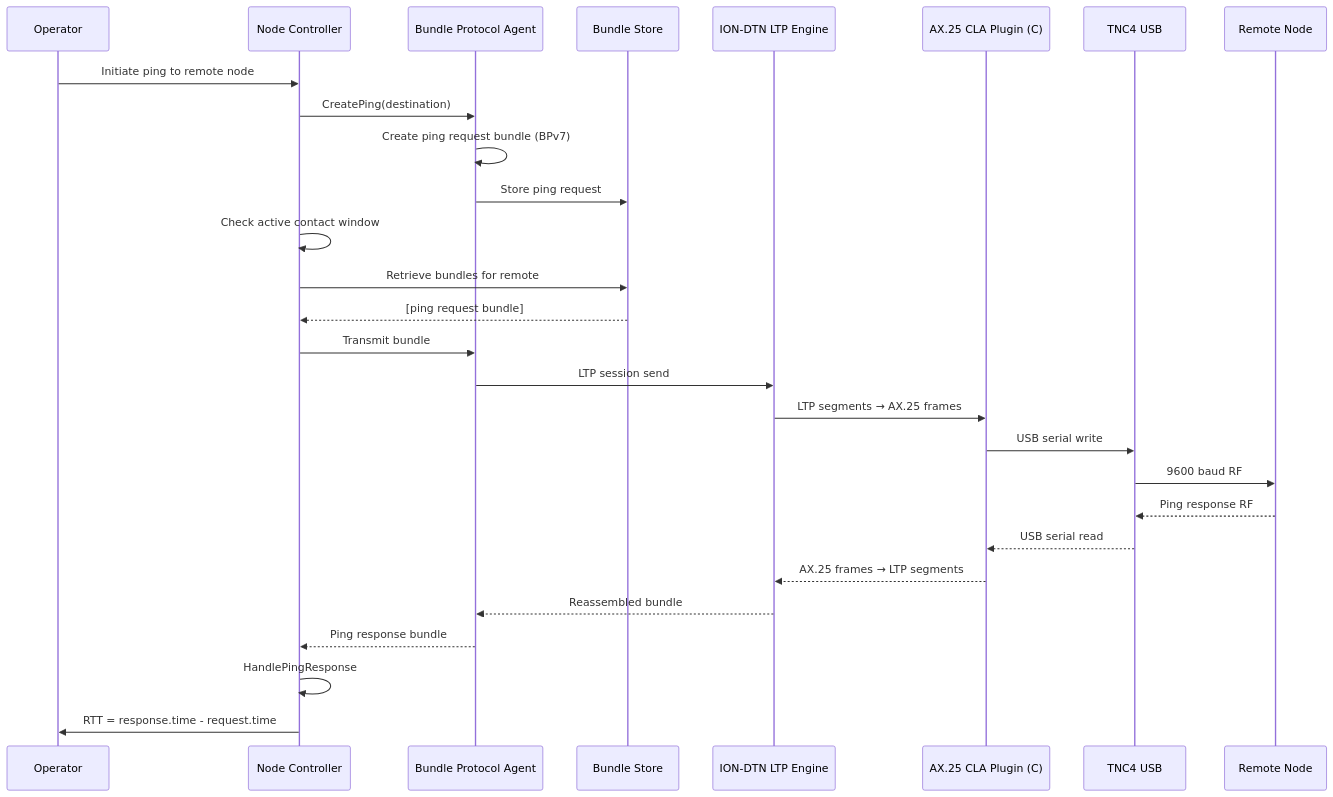
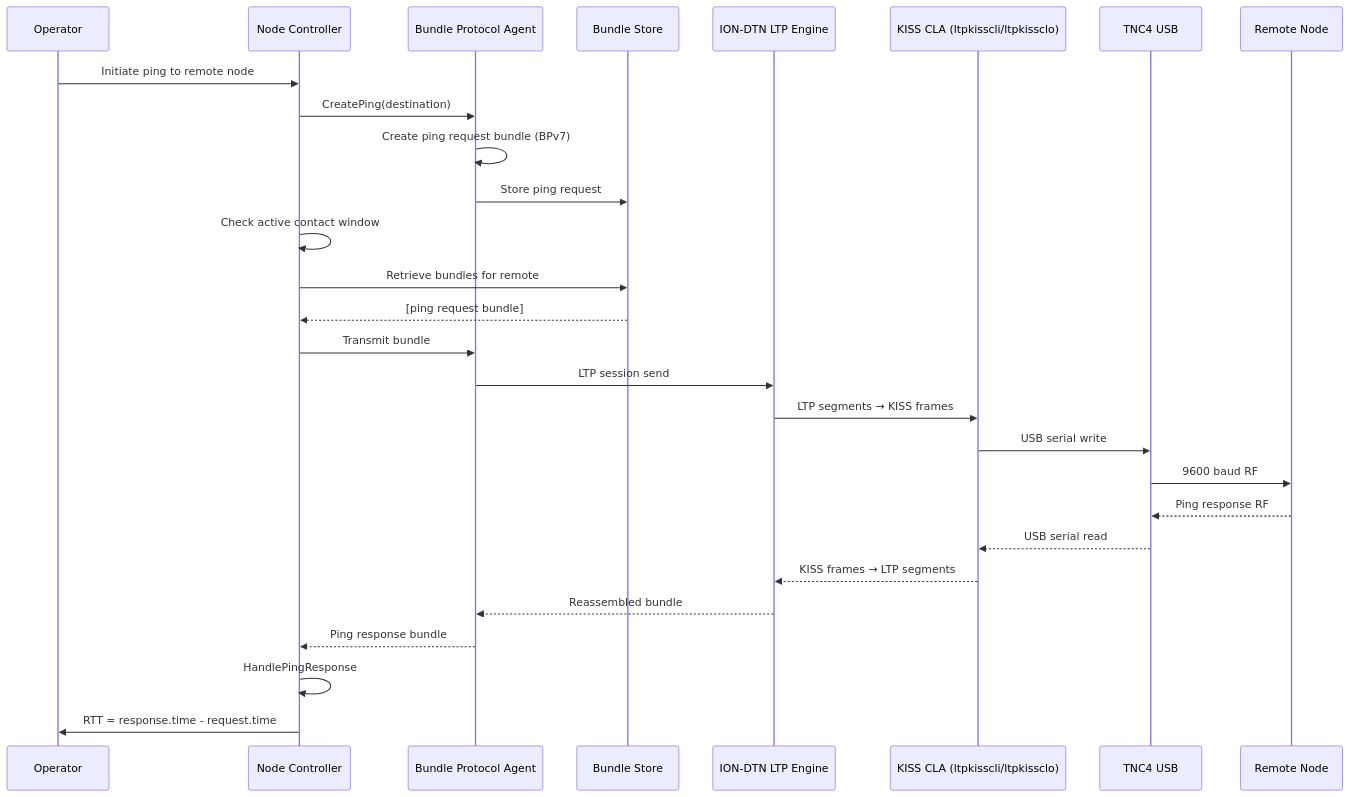
The third of 4 diagrams in docs/terrestrial-dtn-phase1/design.md (g4dpz/cislunar_proposal), drawn with Mermaid before and after one commit. The commit also changed other lines of this file and 17 other files, not shown here.

Commit message:
Replace AX.25 with LTP-over-KISS and dtn:// EIDs across all specs, add cislunar redirect conf

````diff
--- a/docs/terrestrial-dtn-phase1/design.md
+++ b/docs/terrestrial-dtn-phase1/design.md
@@ -86,31 +86,31 @@
 ```mermaid
 sequenceDiagram
     participant Op as Operator
     participant NC as Node Controller
     participant BPA as Bundle Protocol Agent
     participant BS as Bundle Store
     participant LTP as ION-DTN LTP Engine
-    participant CLA as AX.25 CLA Plugin (C)
+    participant CLA as KISS CLA (ltpkisscli/ltpkissclo)
     participant TNC as TNC4 USB
     participant Remote as Remote Node
 
     Op->>NC: Initiate ping to remote node
     NC->>BPA: CreatePing(destination)
     BPA->>BPA: Create ping request bundle (BPv7)
     BPA->>BS: Store ping request
     NC->>NC: Check active contact window
     NC->>BS: Retrieve bundles for remote
     BS-->>NC: [ping request bundle]
     NC->>BPA: Transmit bundle
     BPA->>LTP: LTP session send
-    LTP->>CLA: LTP segments → AX.25 frames
+    LTP->>CLA: LTP segments → KISS frames
     CLA->>TNC: USB serial write
     TNC->>Remote: 9600 baud RF
     Remote-->>TNC: Ping response RF
     TNC-->>CLA: USB serial read
-    CLA-->>LTP: AX.25 frames → LTP segments
+    CLA-->>LTP: KISS frames → LTP segments
     LTP-->>BPA: Reassembled bundle
     BPA-->>NC: Ping response bundle
     NC->>NC: HandlePingResponse
     NC->>Op: RTT = response.time - request.time
 ```
````
